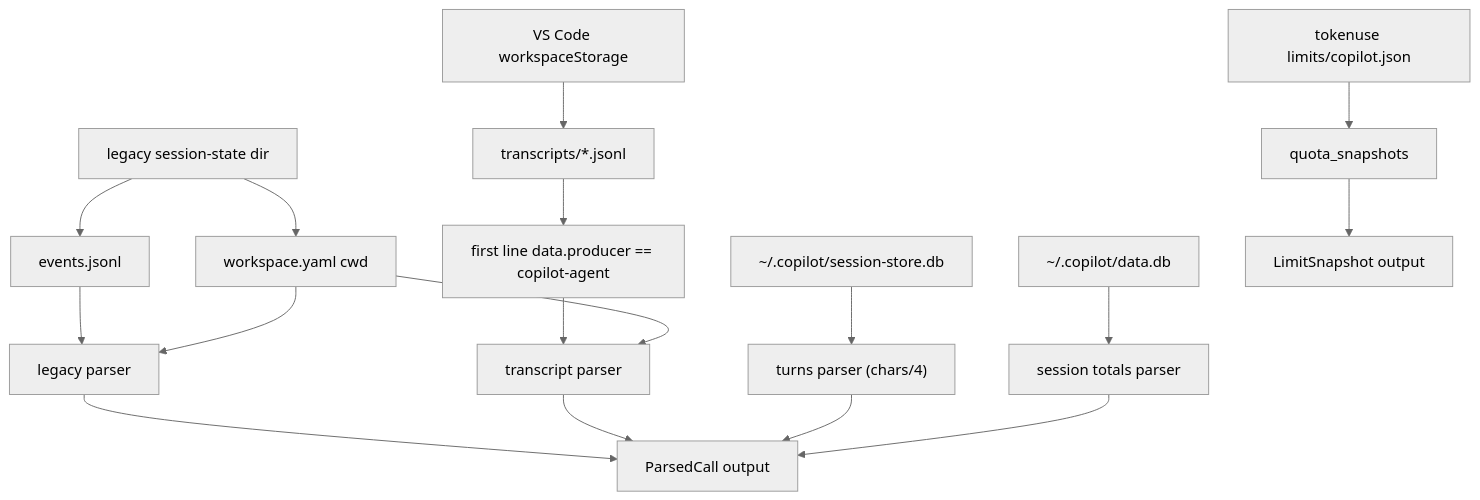
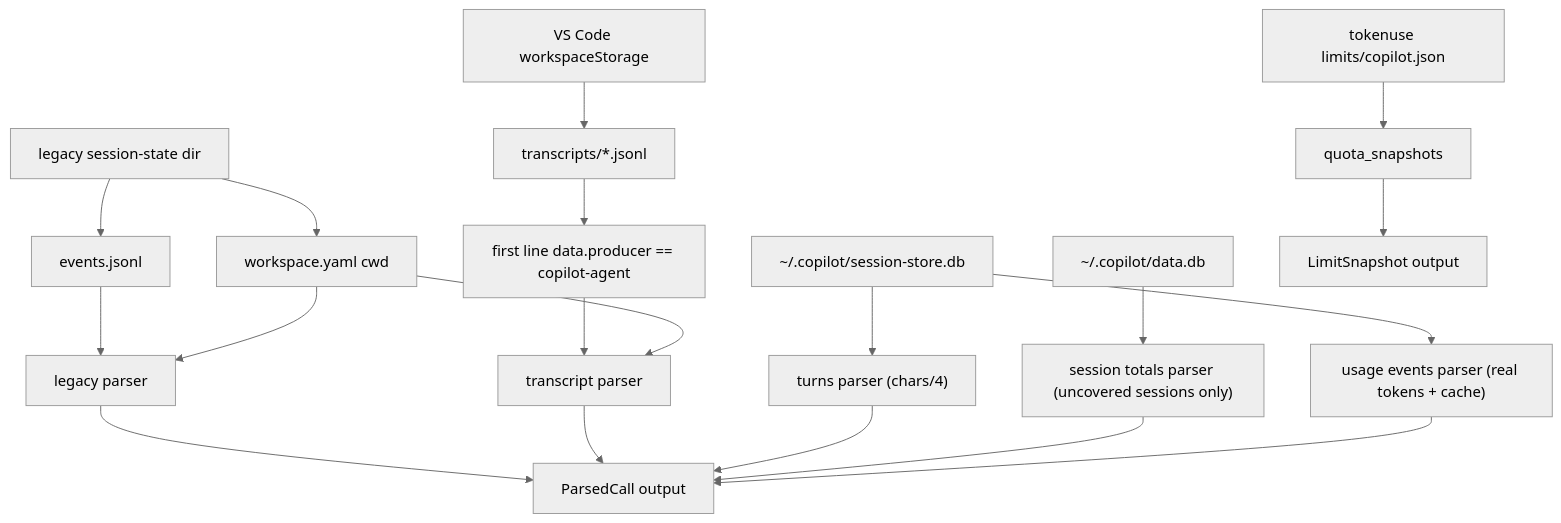
Before and after one commit to russmckendrick/tokenuse: the first of 2 diagrams in docs/development/tools/copilot.md, drawn with Mermaid (neutral theme). The commit also changed other lines of this file and 25 other files, not shown here.

````diff
--- a/docs/development/tools/copilot.md
+++ b/docs/development/tools/copilot.md
@@ -52,19 +53,21 @@
 ```mermaid
 flowchart TD
     A["legacy session-state dir"] --> B["events.jsonl"]
     A --> C["workspace.yaml cwd"]
     D["VS Code workspaceStorage"] --> E["transcripts/*.jsonl"]
     J["tokenuse limits/copilot.json"] --> K["quota_snapshots"]
     M["~/.copilot/session-store.db"] --> N["turns parser (chars/4)"]
-    O["~/.copilot/data.db"] --> P["session totals parser"]
+    M --> Q["usage events parser (real tokens + cache)"]
+    O["~/.copilot/data.db"] --> P["session totals parser (uncovered sessions only)"]
     E --> F["first line data.producer == copilot-agent"]
     B --> G["legacy parser"]
     F --> H["transcript parser"]
     C --> G
     C --> H
     G --> I["ParsedCall output"]
     H --> I
     N --> I
     P --> I
+    Q --> I
     K --> L["LimitSnapshot output"]
 ```
````
